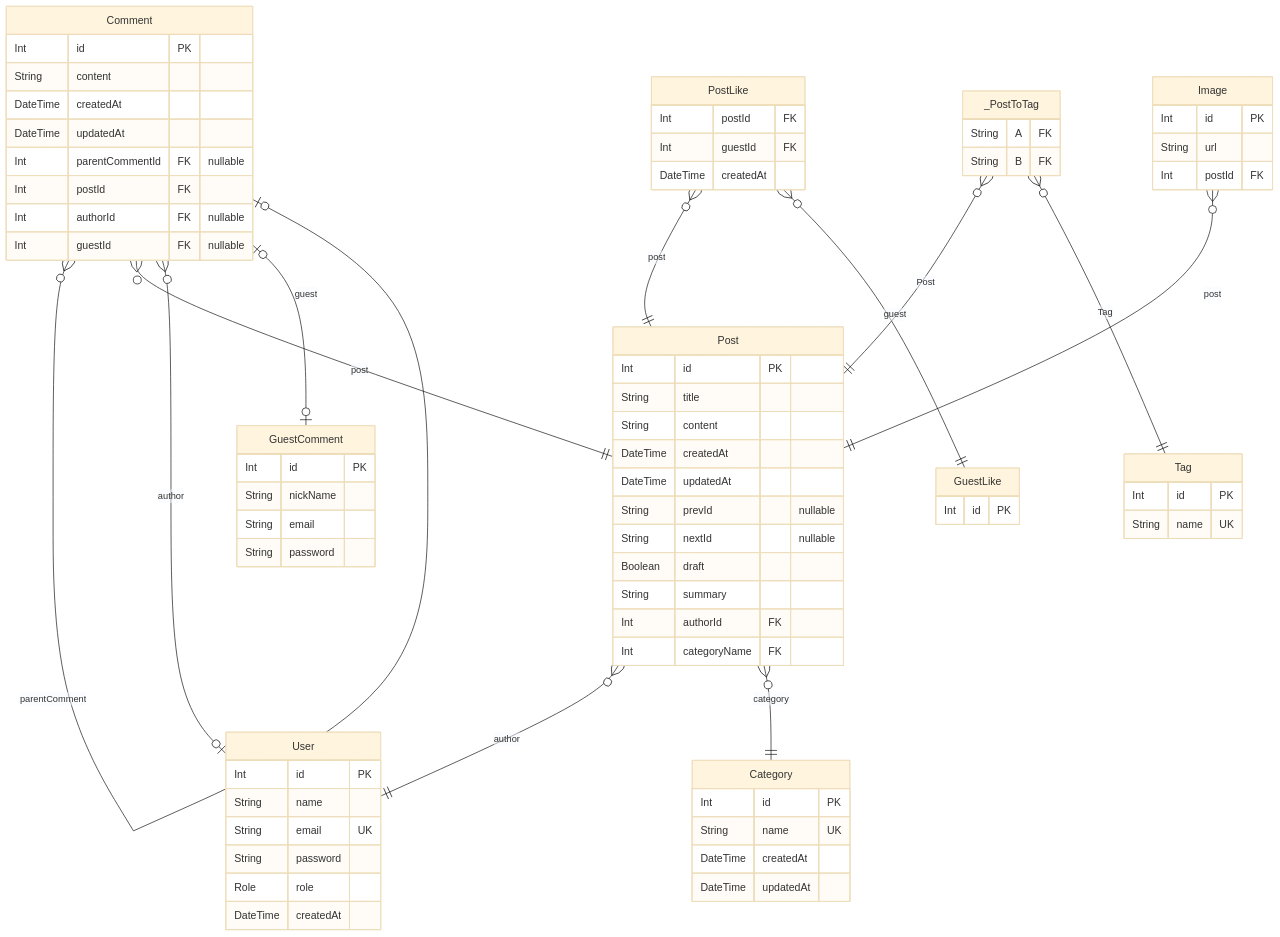
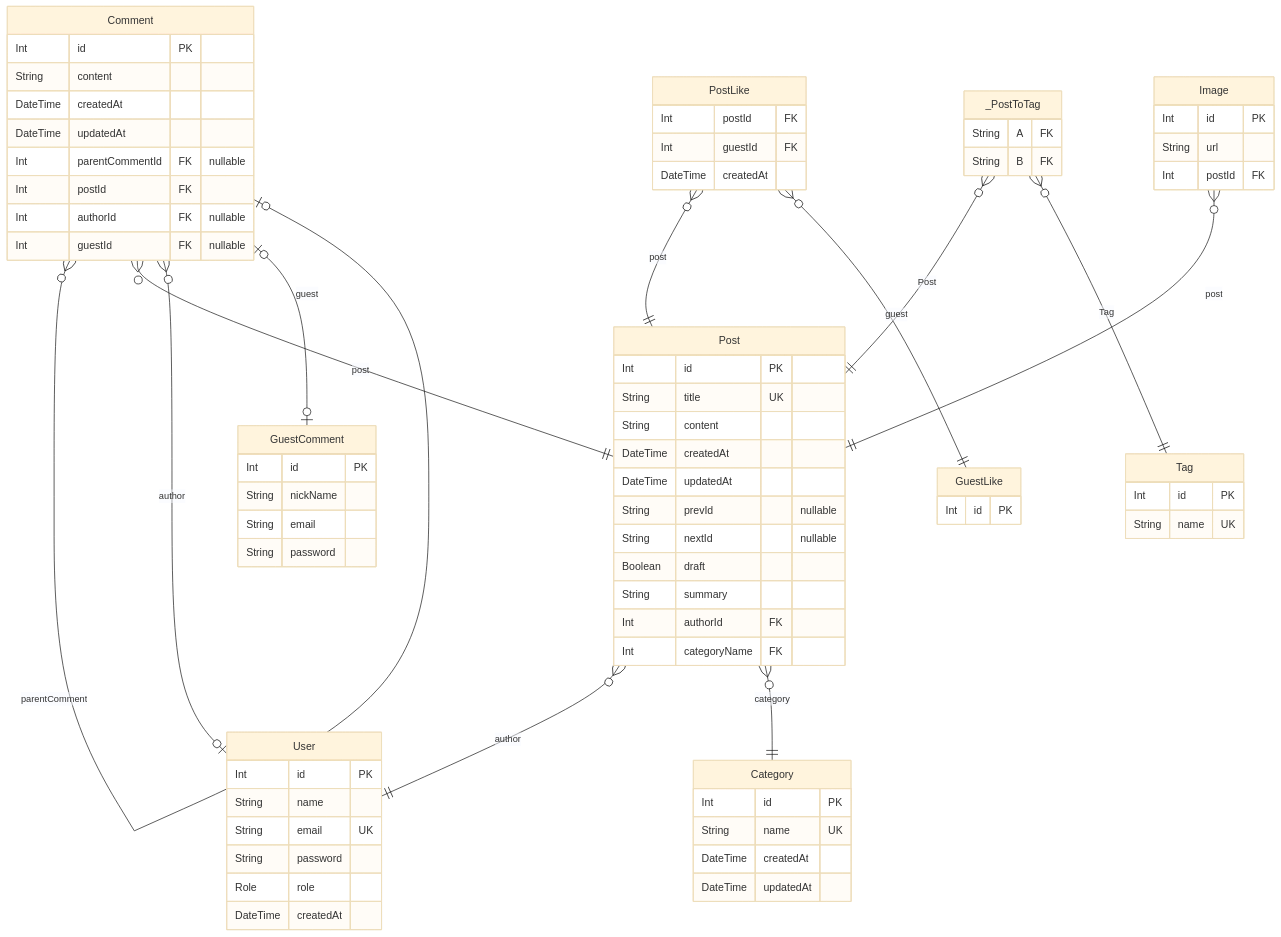
The diagram in prisma/schema/ERD.md (JongDeug/blog-backend), drawn with Mermaid (base theme) before and after one commit. The commit also changed 4 other files, not shown here.

````diff
--- a/prisma/schema/ERD.md
+++ b/prisma/schema/ERD.md
@@ -7,78 +7,78 @@
 ```mermaid
 erDiagram
 "GuestComment" {
   Int id PK
   String nickName
   String email
   String password
 }
 "GuestLike" {
   Int id PK
 }
 "Category" {
   Int id PK
   String name UK
   DateTime createdAt
   DateTime updatedAt
 }
 "Comment" {
   Int id PK
   String content
   DateTime createdAt
   DateTime updatedAt
   Int parentCommentId FK "nullable"
   Int postId FK
   Int authorId FK "nullable"
   Int guestId FK "nullable"
 }
 "Image" {
   Int id PK
   String url
   Int postId FK
 }
 "PostLike" {
   Int postId FK
   Int guestId FK
   DateTime createdAt
 }
 "Post" {
   Int id PK
-  String title
+  String title UK
   String content
   DateTime createdAt
   DateTime updatedAt
   String prevId "nullable"
   String nextId "nullable"
   Boolean draft
   String summary
   Int authorId FK
   Int categoryName FK
 }
 "Tag" {
   Int id PK
   String name UK
 }
 "User" {
   Int id PK
   String name
   String email UK
   String password
   Role role
   DateTime createdAt
 }
 "_PostToTag" {
   String A FK
   String B FK
 }
 "Comment" }o--o| "Comment" : parentComment
 "Comment" }o--|| "Post" : post
 "Comment" }o--o| "User" : author
 "Comment" |o--o| "GuestComment" : guest
 "Image" }o--|| "Post" : post
 "PostLike" }o--|| "Post" : post
 "PostLike" }o--|| "GuestLike" : guest
 "Post" }o--|| "User" : author
 "Post" }o--|| "Category" : category
 "_PostToTag" }o--|| "Post" : Post
 "_PostToTag" }o--|| "Tag" : Tag
 ```
````
